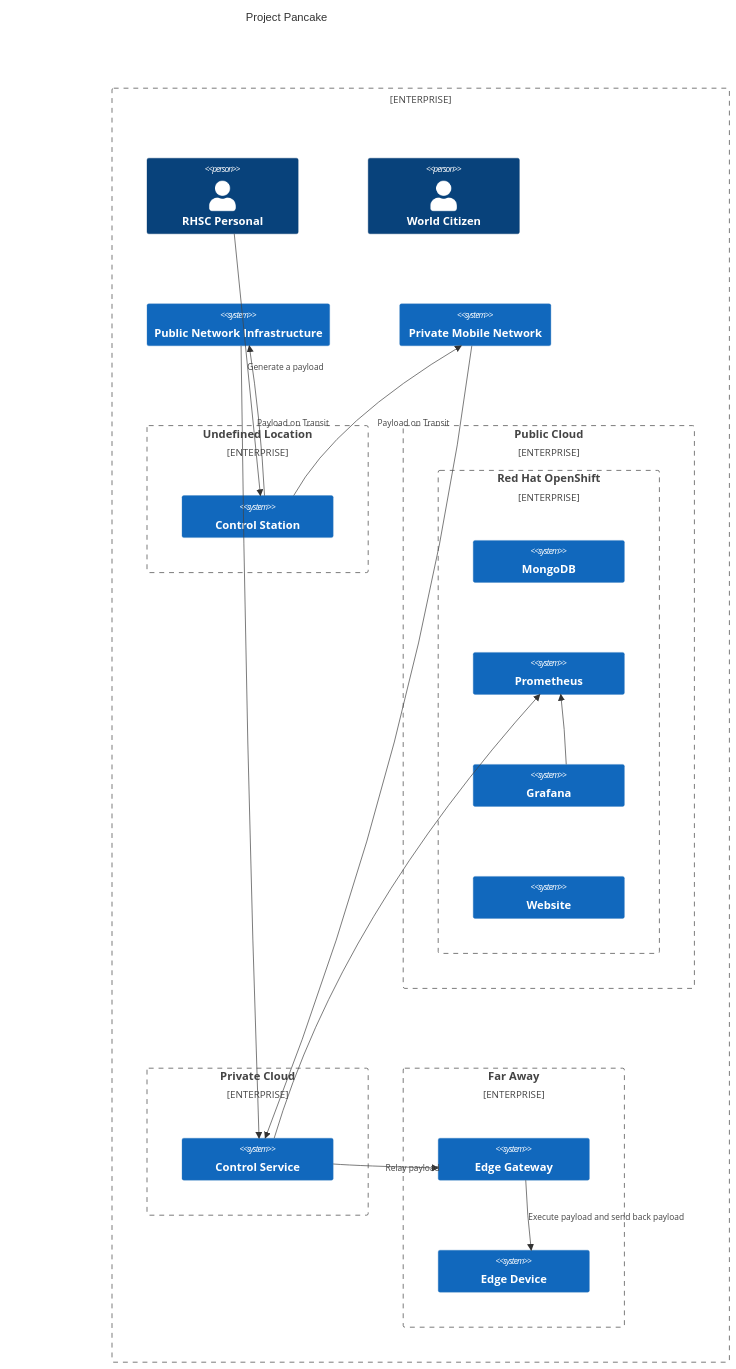
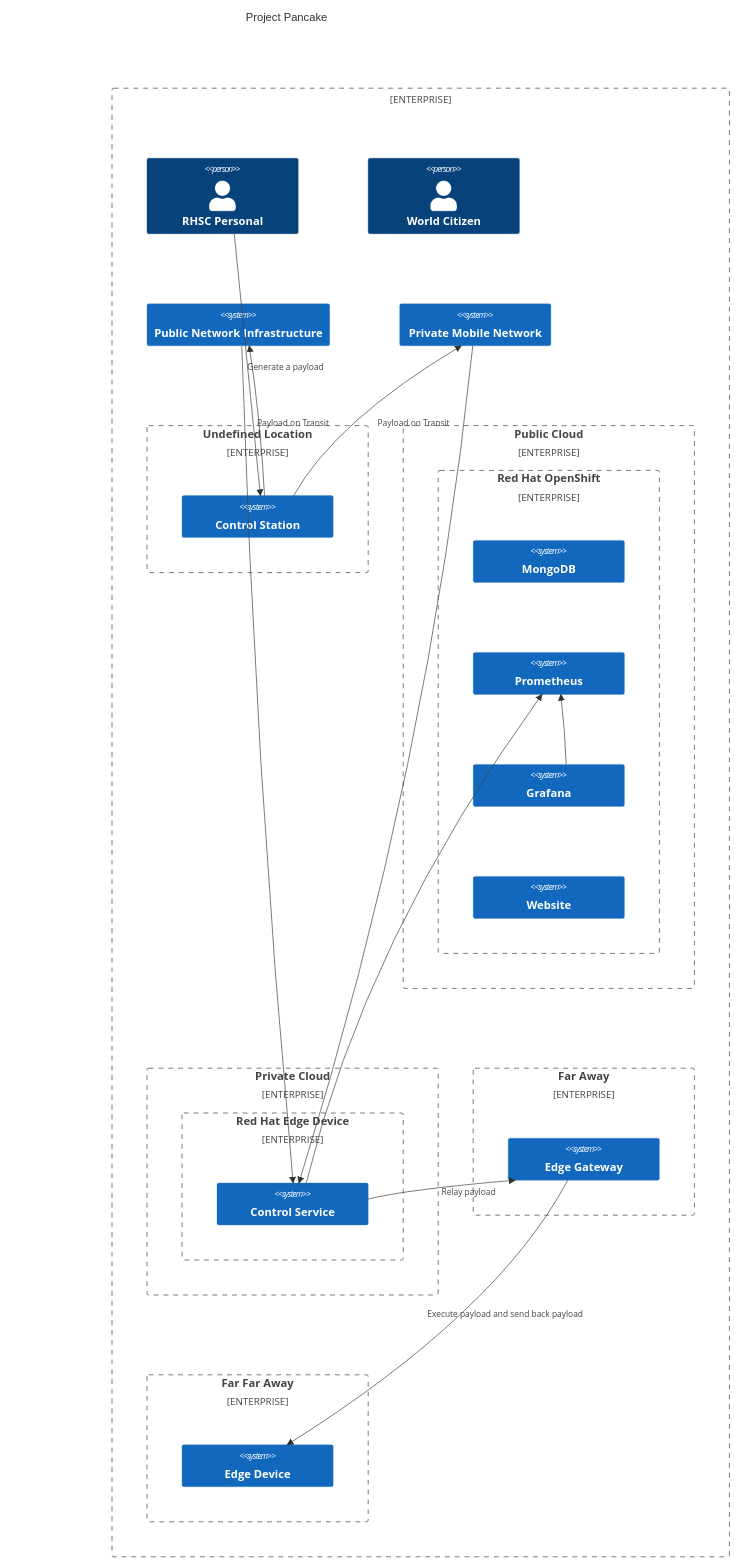
The diagram in docs/index.md (beezy-cloud/project-pancake), drawn with Mermaid before and after one commit.

````diff
--- a/docs/index.md
+++ b/docs/index.md
@@ -7,47 +7,52 @@
 ```mermaid 
     C4Context
       title Project Pancake
       Enterprise_Boundary(b0, "") {
         Person(Pilot, "RHSC Personal")
         Person(Public, "World Citizen")
 
         System(PubNetwork, "Public Network Infrastructure")
         System(PrvNetwork, "Private Mobile Network")
 
         Enterprise_Boundary(b1, "Undefined Location"){
           System(ControlStation, "Control Station")
         }
 
         Enterprise_Boundary(b2, "Public Cloud") {
           Enterprise_Boundary(c1, "Red Hat OpenShift"){
             System(MongoDB, "MongoDB")
             System(Prometheus, "Prometheus")
             System(Grafana, "Grafana")
             System(Website, "Website")
           }
         }
 
         Enterprise_Boundary(b3, "Private Cloud"){
-          System(ControlService, "Control Service")
+          Enterprise_Boundary(c2, "Red Hat Edge Device"){ 
+            System(ControlService, "Control Service")
+          }
         }
 
         Enterprise_Boundary(b4, "Far Away"){
           System(EdgeGateway, "Edge Gateway")
+        }
+        Enterprise_Boundary(b5, "Far Far Away"){
           System(EdgeDevice, "Edge Device")
         }
+
       }
 
       Rel(Pilot, ControlStation, "Generate a payload")
 
       Rel(ControlStation, PubNetwork, "Payload on Transit")
       Rel(PubNetwork, ControlService, "")
       
       Rel(ControlStation, PrvNetwork, "Payload on Transit")
       Rel(PrvNetwork, ControlService, "")
       
       Rel(ControlService, Prometheus, "")
       Rel(Grafana, Prometheus, "")
       Rel(ControlService, EdgeGateway, "Relay payload")
       Rel(EdgeGateway, EdgeDevice, "Execute payload and send back payload")
 
 ```
````
